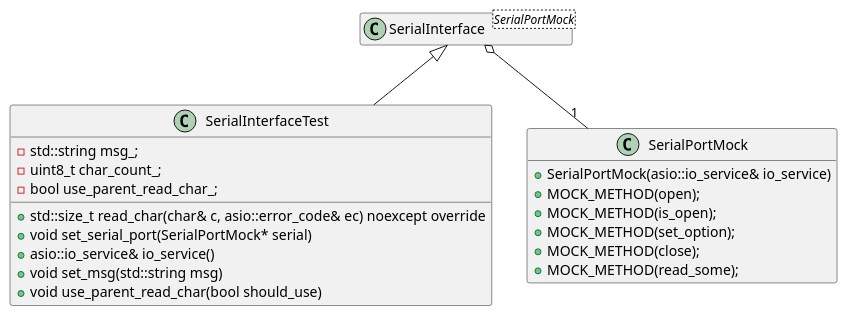
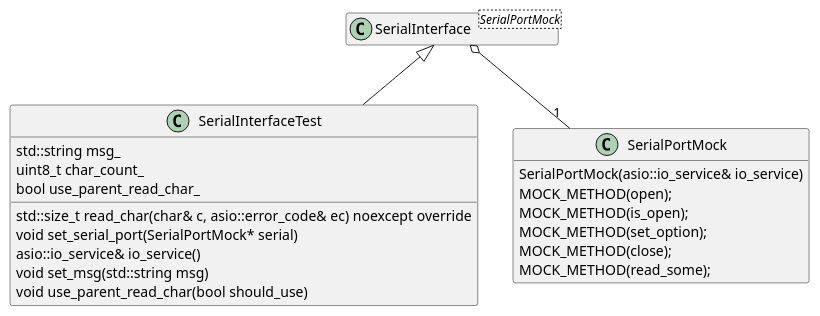
Before and after one commit to EduPonz/easynmea: the diagram in docs/uml/SerialInterfaceTests.puml, drawn with PlantUML. The commit also changed 3 other files, not shown here.

Commit message:
Fix UML diagrams in RTD (#49)

```diff
--- a/docs/uml/SerialInterfaceTests.puml
+++ b/docs/uml/SerialInterfaceTests.puml
@@ -1,30 +1,24 @@
-@startuml SerialInterfaceTests
+@startuml
 hide empty members
 
 class SerialInterface<SerialPortMock>
 
-class SerialInterfaceTest
-{
-    + std::size_t read_char(char& c, asio::error_code& ec) noexcept override
-    + void set_serial_port(SerialPortMock* serial)
-    + asio::io_service& io_service()
-    + void set_msg(std::string msg)
-    + void use_parent_read_char(bool should_use)
-    - std::string msg_;
-    - uint8_t char_count_;
-    - bool use_parent_read_char_;
-}
+SerialInterfaceTest : std::size_t read_char(char& c, asio::error_code& ec) noexcept override
+SerialInterfaceTest : void set_serial_port(SerialPortMock* serial)
+SerialInterfaceTest : asio::io_service& io_service()
+SerialInterfaceTest : void set_msg(std::string msg)
+SerialInterfaceTest : void use_parent_read_char(bool should_use)
+SerialInterfaceTest : std::string msg_
+SerialInterfaceTest : uint8_t char_count_
+SerialInterfaceTest : bool use_parent_read_char_
 
-class SerialPortMock
-{
-    + SerialPortMock(asio::io_service& io_service)
-    + MOCK_METHOD(open);
-    + MOCK_METHOD(is_open);
-    + MOCK_METHOD(set_option);
-    + MOCK_METHOD(close);
-    + MOCK_METHOD(read_some);
-}
+SerialPortMock : SerialPortMock(asio::io_service& io_service)
+SerialPortMock : MOCK_METHOD(open);
+SerialPortMock : MOCK_METHOD(is_open);
+SerialPortMock : MOCK_METHOD(set_option);
+SerialPortMock : MOCK_METHOD(close);
+SerialPortMock : MOCK_METHOD(read_some);
 
 SerialInterface o-- "1" SerialPortMock
 SerialInterface <|-- SerialInterfaceTest
 @enduml
```
